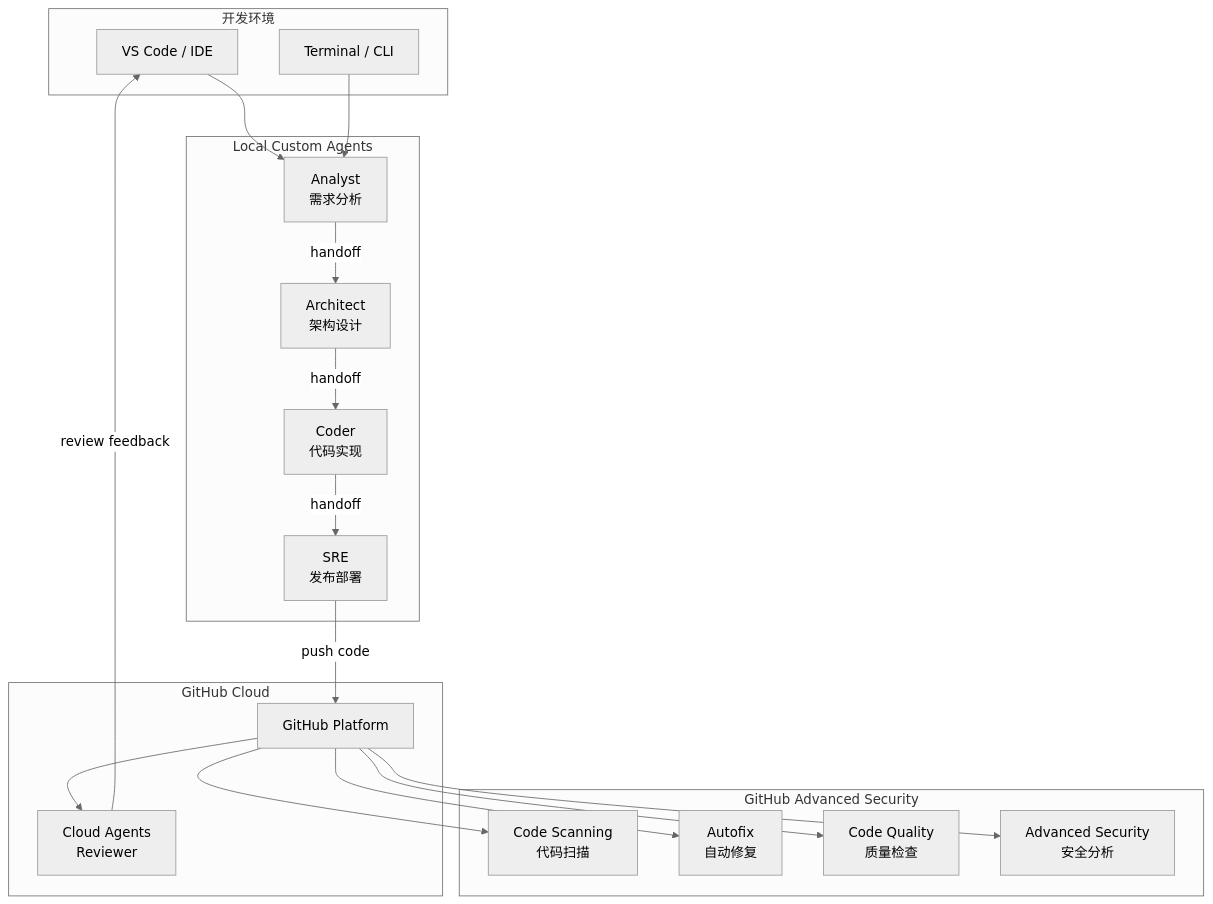
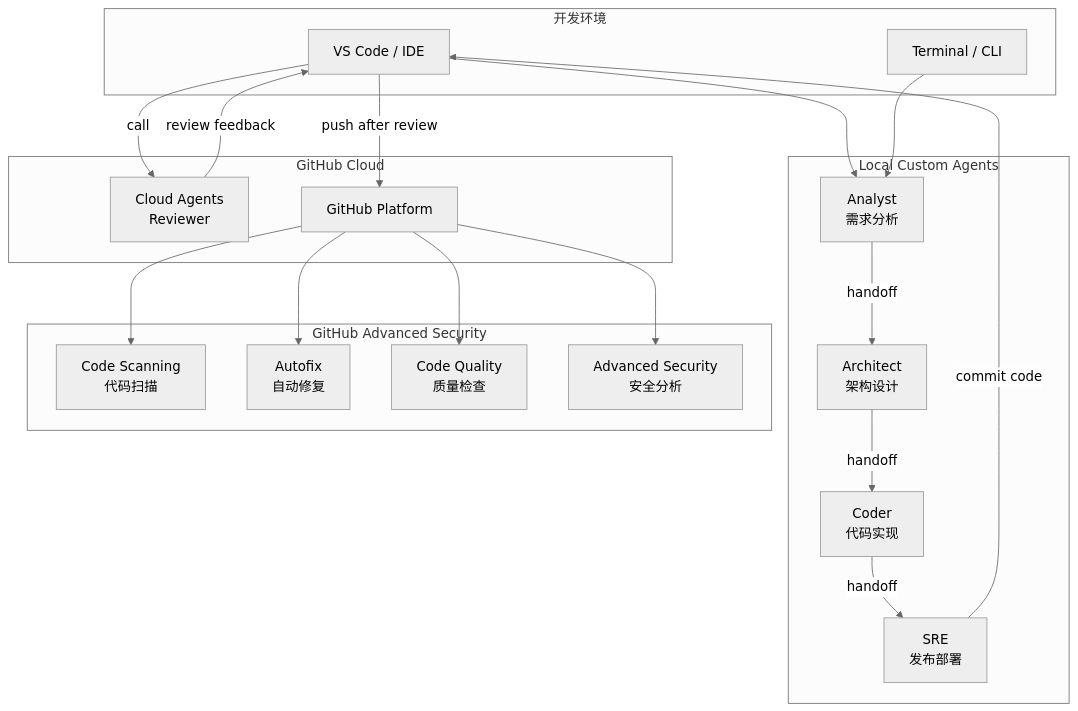
Before and after one commit to ghcpSharing/library: the first of 4 diagrams in labs/agents/README.md, drawn with Mermaid (neutral theme). The commit also changed other lines of this file, not shown here.

````diff
--- a/labs/agents/README.md
+++ b/labs/agents/README.md
@@ -25,42 +25,43 @@
 ```mermaid
 graph TB
     subgraph "开发环境"
         IDE[VS Code / IDE]
         CLI[Terminal / CLI]
     end
     
     subgraph "Local Custom Agents"
         A1[Analyst<br/>需求分析]
         A2[Architect<br/>架构设计]
         A3[Coder<br/>代码实现]
         A4[SRE<br/>发布部署]
     end
     
     subgraph "GitHub Cloud"
         CA[Cloud Agents<br/>Reviewer]
         GH[GitHub Platform]
     end
     
     subgraph "GitHub Advanced Security"
         CS[Code Scanning<br/>代码扫描]
         AF[Autofix<br/>自动修复]
         CQ[Code Quality<br/>质量检查]
         AS[Advanced Security<br/>安全分析]
     end
     
     IDE --> A1
     A1 -->|handoff| A2
     A2 -->|handoff| A3
     A3 -->|handoff| A4
-    A4 -->|push code| GH
+    A4 -->|commit code| IDE
     
     CLI --> A1
     
-    GH --> CA
+    IDE -->|call| CA
     CA -->|review feedback| IDE
+    IDE -->|push after review| GH
     
     GH --> CS
     GH --> AF
     GH --> CQ
     GH --> AS
 ```
````
